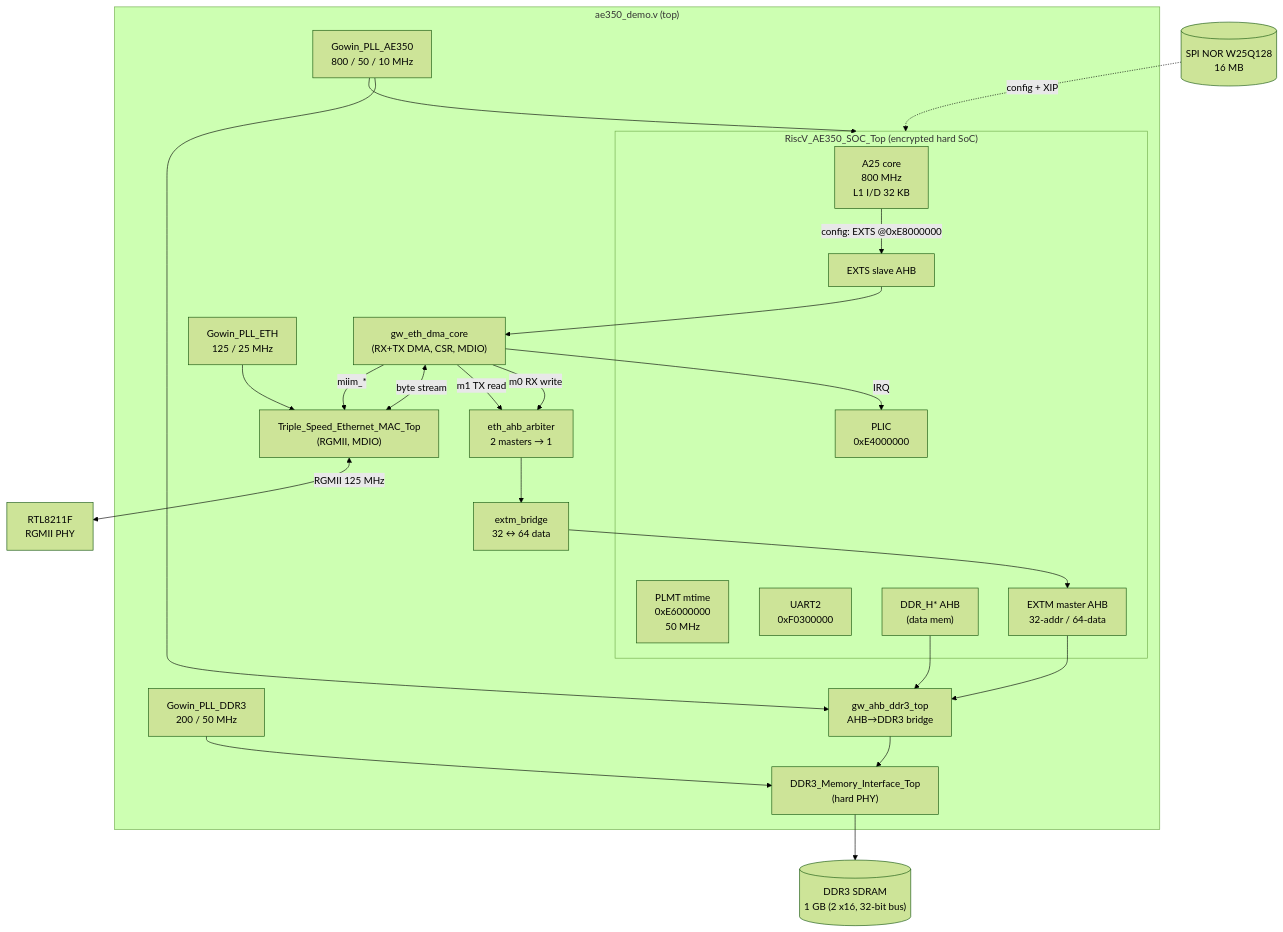
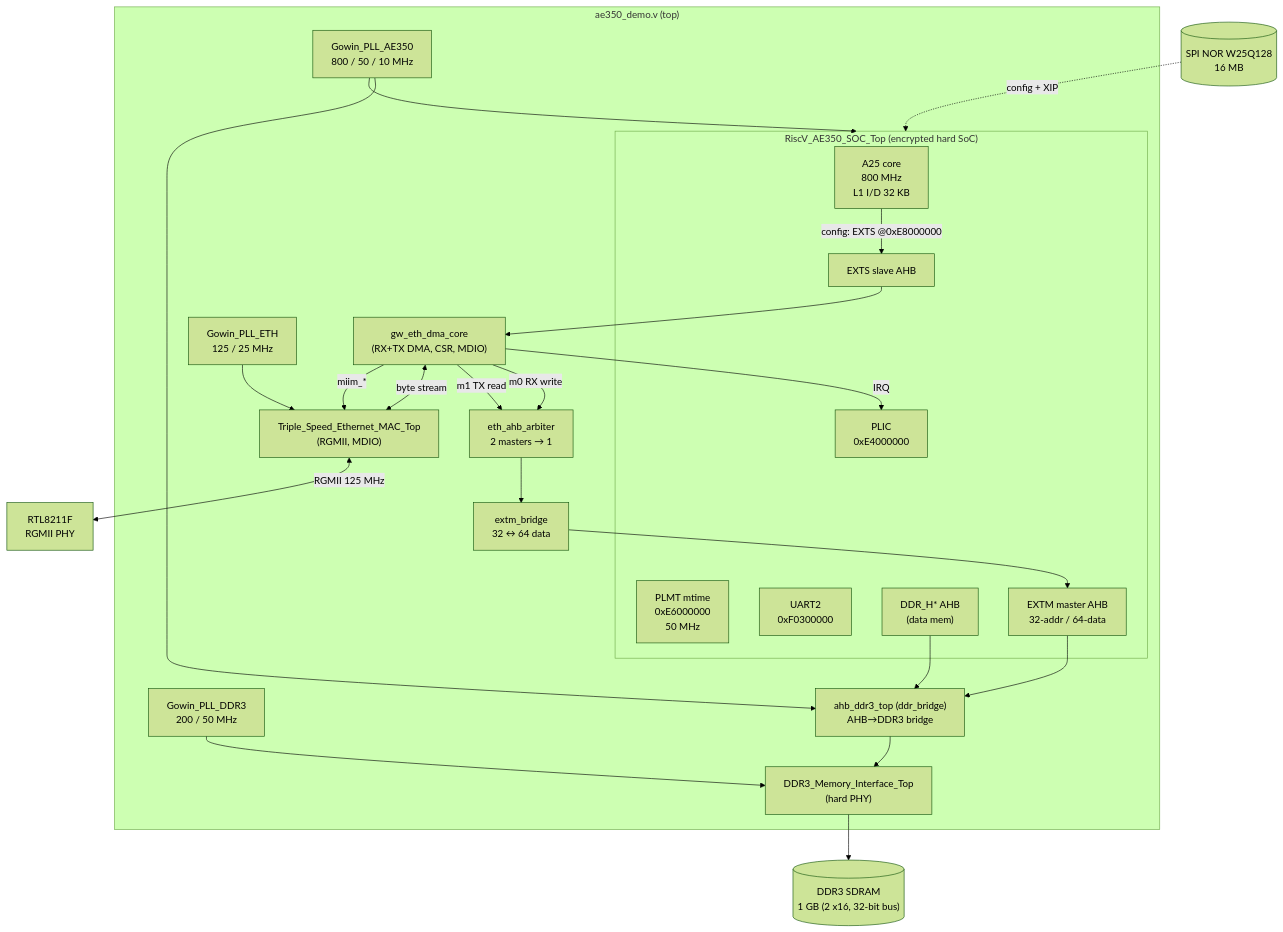
One commit to phoenix367/tang-mega-138K-Pro-demo changed the first of 2 diagrams in doc/01-architecture.md. Above: the diagram before and after it, drawn with Mermaid (forest theme). The commit also changed other lines of this file and 64 other files, not shown here.

````diff
--- a/doc/01-architecture.md
+++ b/doc/01-architecture.md
@@ -10,47 +10,47 @@
 ```mermaid
 graph TB
   subgraph TOP["ae350_demo.v (top)"]
     subgraph SOC["RiscV_AE350_SOC_Top (encrypted hard SoC)"]
       A25["A25 core<br/>800 MHz<br/>L1 I/D 32 KB"]
       PLIC["PLIC<br/>0xE4000000"]
       PLMT["PLMT mtime<br/>0xE6000000<br/>50 MHz"]
       UART["UART2<br/>0xF0300000"]
       DDRH["DDR_H* AHB<br/>(data mem)"]
       EXTS["EXTS slave AHB"]
       EXTM["EXTM master AHB<br/>32-addr / 64-data"]
     end
 
     PLLA["Gowin_PLL_AE350<br/>800 / 50 / 10 MHz"]
     PLLD["Gowin_PLL_DDR3<br/>200 / 50 MHz"]
     PLLE["Gowin_PLL_ETH<br/>125 / 25 MHz"]
 
-    DDRBR["gw_ahb_ddr3_top<br/>AHB→DDR3 bridge"]
+    DDRBR["ahb_ddr3_top (ddr_bridge)<br/>AHB→DDR3 bridge"]
     DDRPHY["DDR3_Memory_Interface_Top<br/>(hard PHY)"]
 
     DMA["gw_eth_dma_core<br/>(RX+TX DMA, CSR, MDIO)"]
     ARB["eth_ahb_arbiter<br/>2 masters → 1"]
     BR["extm_bridge<br/>32 ↔ 64 data"]
     MAC["Triple_Speed_Ethernet_MAC_Top<br/>(RGMII, MDIO)"]
   end
 
   FLASH[("SPI NOR W25Q128<br/>16 MB")]
   DDR[("DDR3 SDRAM<br/>1 GB (2 x16, 32-bit bus)")]
   PHYC["RTL8211F<br/>RGMII PHY"]
 
   FLASH -.config + XIP.-> SOC
   PLLA --> SOC
   PLLA --> DDRBR
   PLLD --> DDRPHY
   PLLE --> MAC
 
   DDRH --> DDRBR --> DDRPHY --> DDR
 
   A25 -->|"config: EXTS @0xE8000000"| EXTS --> DMA
   DMA -->|"m0 RX write"| ARB
   DMA -->|"m1 TX read"| ARB
   ARB --> BR --> EXTM --> DDRBR
   DMA <-->|"byte stream"| MAC
   DMA -->|"miim_*"| MAC
   MAC <-->|RGMII 125 MHz| PHYC
   DMA -->|"IRQ"| PLIC
 ```
````
